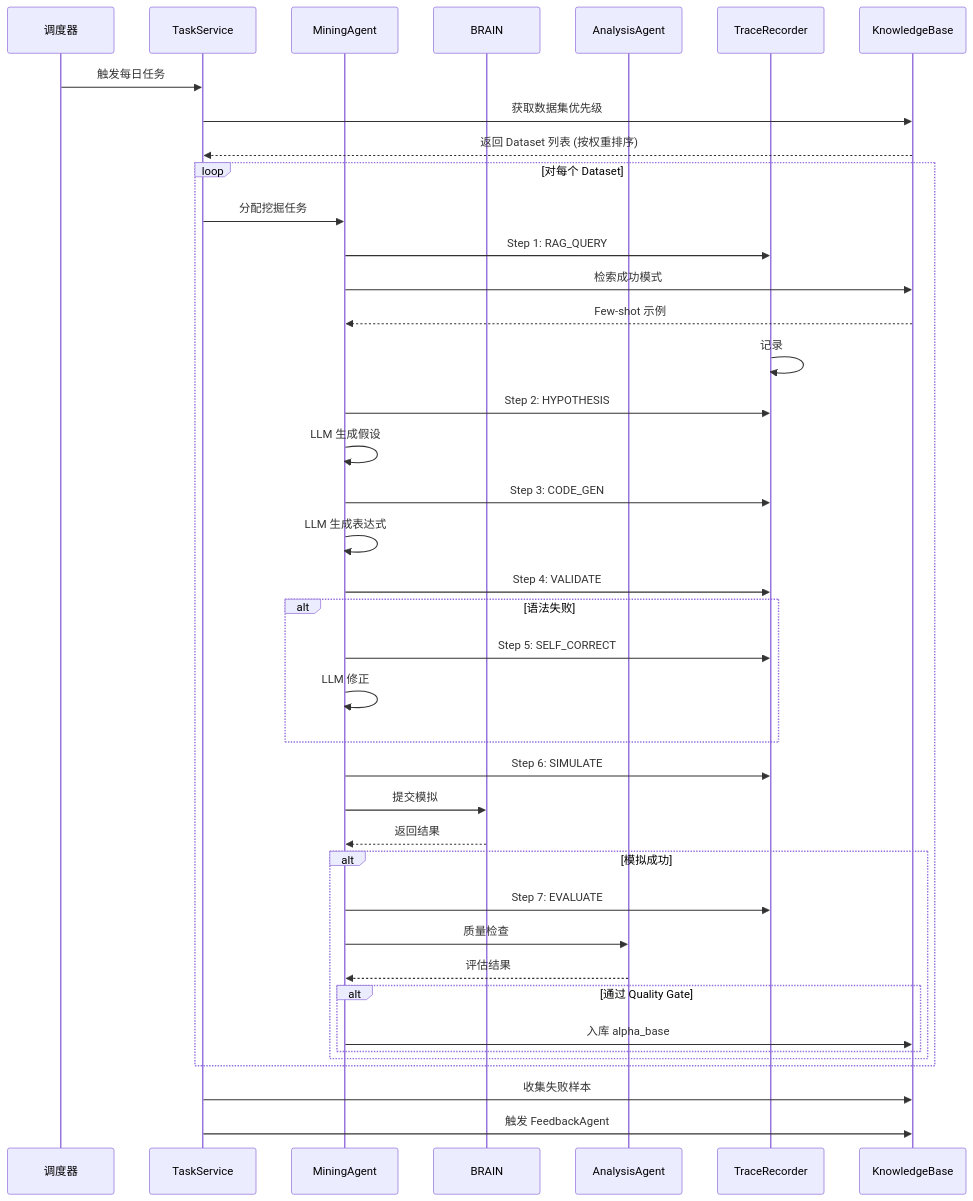
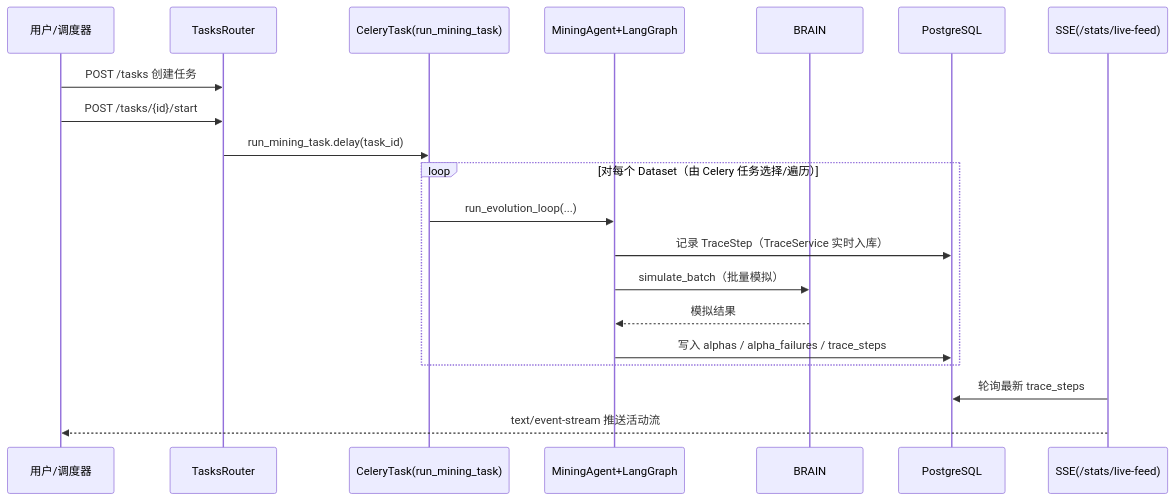
Before and after one commit to chengzhi43/worldquant-alpha-aiac: the fourth of 6 diagrams in data/详细设计说明文档.md, drawn with Mermaid. The commit also changed other lines of this file and 12 other files, not shown here.

````diff
--- a/data/详细设计说明文档.md
+++ b/data/详细设计说明文档.md
@@ -505,51 +551,25 @@
 ```mermaid
 sequenceDiagram
-    participant Scheduler as 调度器
-    participant Task as TaskService
-    participant Mining as MiningAgent
+    participant User as 用户/调度器
+    participant API as TasksRouter
+    participant Celery as CeleryTask(run_mining_task)
+    participant Mining as MiningAgent+LangGraph
     participant Brain as BRAIN
-    participant Analysis as AnalysisAgent
-    participant Trace as TraceRecorder
-    participant KB as KnowledgeBase
+    participant DB as PostgreSQL
+    participant SSE as SSE(/stats/live-feed)
 
-    Scheduler->>Task: 触发每日任务
-    Task->>KB: 获取数据集优先级
-    KB-->>Task: 返回 Dataset 列表 (按权重排序)
+    User->>API: POST /tasks 创建任务
+    User->>API: POST /tasks/{id}/start
+    API->>Celery: run_mining_task.delay(task_id)
 
-    loop 对每个 Dataset
-        Task->>Mining: 分配挖掘任务
-        Mining->>Trace: Step 1: RAG_QUERY
-        Mining->>KB: 检索成功模式
-        KB-->>Mining: Few-shot 示例
-        Trace->>Trace: 记录
-
-        Mining->>Trace: Step 2: HYPOTHESIS
-        Mining->>Mining: LLM 生成假设
-
-        Mining->>Trace: Step 3: CODE_GEN
-        Mining->>Mining: LLM 生成表达式
-
-        Mining->>Trace: Step 4: VALIDATE
-        alt 语法失败
-            Mining->>Trace: Step 5: SELF_CORRECT
-            Mining->>Mining: LLM 修正
-        end
-
-        Mining->>Trace: Step 6: SIMULATE
-        Mining->>Brain: 提交模拟
-        Brain-->>Mining: 返回结果
-
-        alt 模拟成功
-            Mining->>Trace: Step 7: EVALUATE
-            Mining->>Analysis: 质量检查
-            Analysis-->>Mining: 评估结果
-            
-            alt 通过 Quality Gate
-                Mining->>KB: 入库 alpha_base
-            end
-        end
+    loop 对每个 Dataset（由 Celery 任务选择/遍历）
+        Celery->>Mining: run_evolution_loop(...)
+        Mining->>DB: 记录 TraceStep（TraceService 实时入库）
+        Mining->>Brain: simulate_batch（批量模拟）
+        Brain-->>Mining: 模拟结果
+        Mining->>DB: 写入 alphas / alpha_failures / trace_steps
     end
 
-    Task->>KB: 收集失败样本
-    Task->>KB: 触发 FeedbackAgent
+    SSE->>DB: 轮询最新 trace_steps
+    SSE-->>User: text/event-stream 推送活动流
 ```
````
